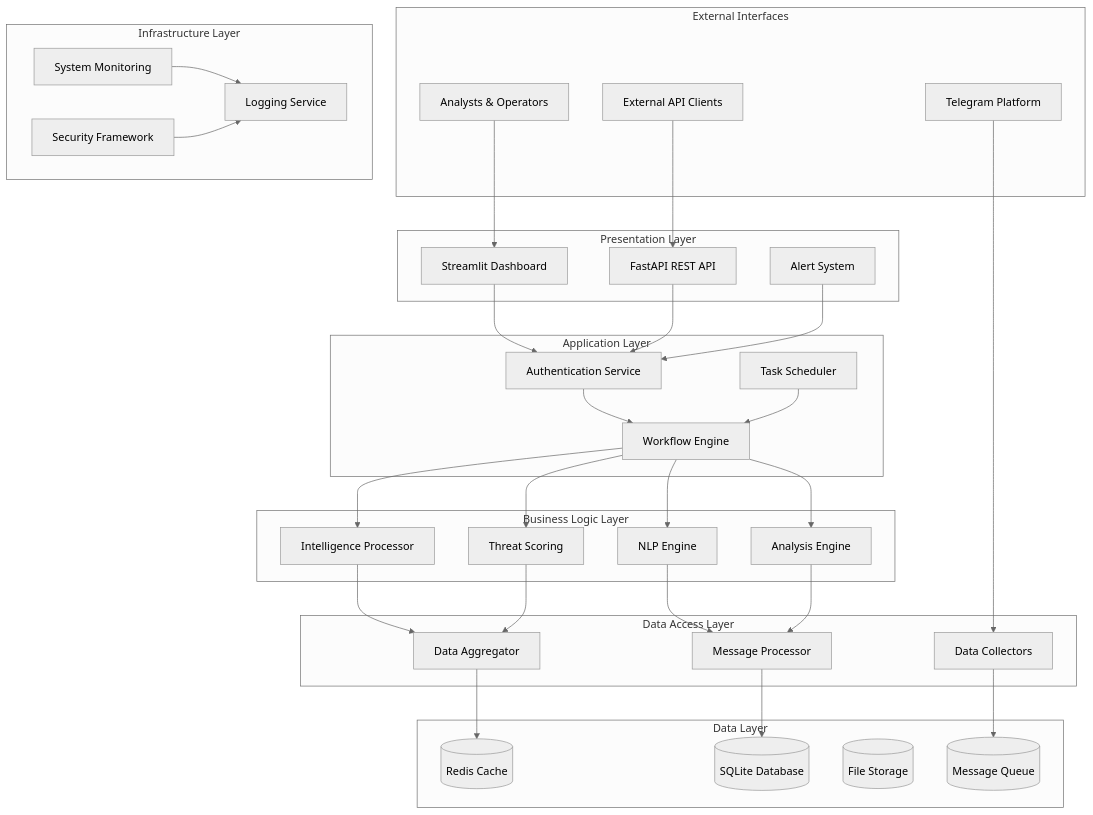
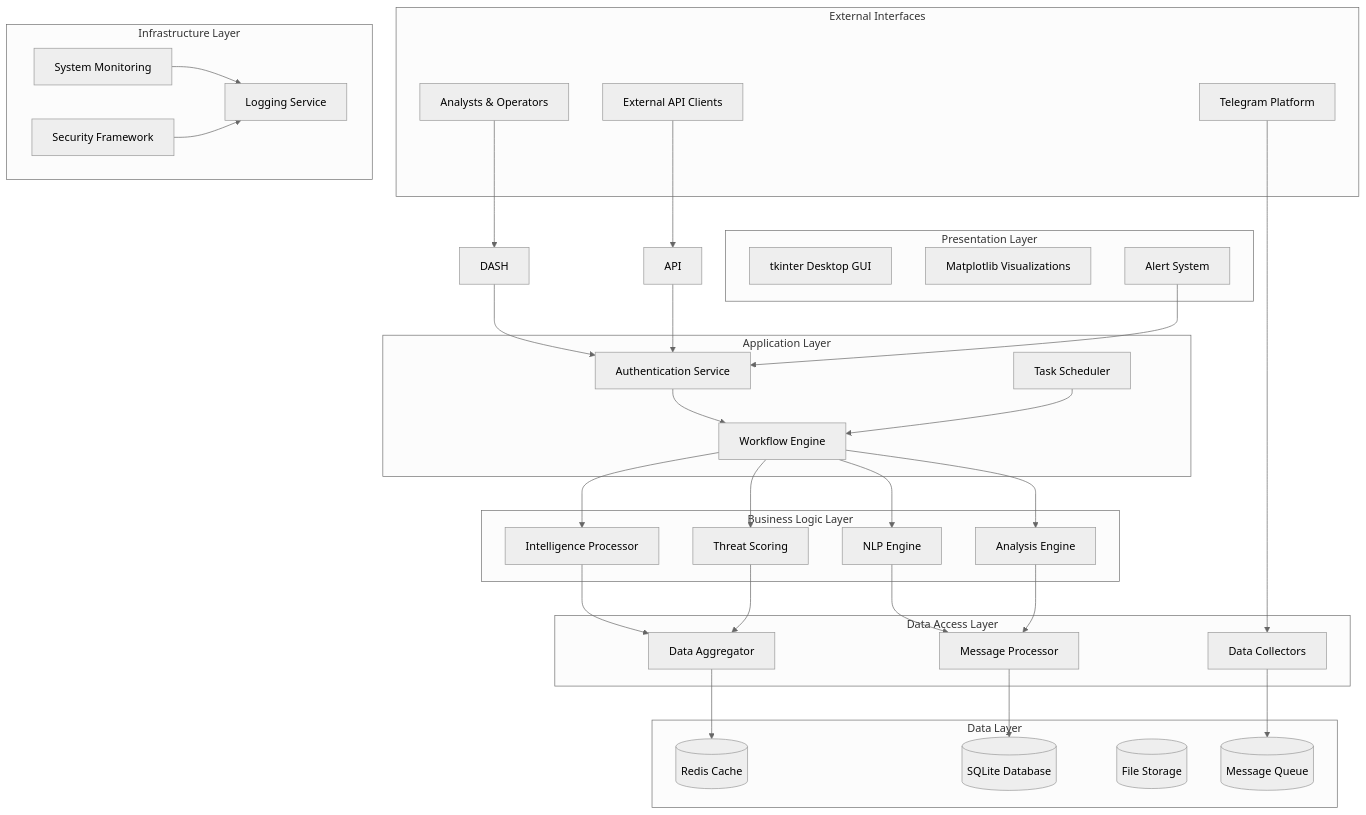
Before and after one commit to Divesh-Kshirsagar/Anti-India-Campaigns-Detector: the first of 8 diagrams in docs/architecture/overview.md, drawn with Mermaid (neutral theme). The commit also changed other lines of this file and 7 other files, not shown here.

````diff
--- a/docs/architecture/overview.md
+++ b/docs/architecture/overview.md
@@ -9,75 +9,75 @@
 ```mermaid
 graph TB
     subgraph "External Interfaces"
         TG[Telegram Platform]
         USERS[Analysts & Operators]
         API_CLIENTS[External API Clients]
     end
     
     subgraph "Presentation Layer"
-        DASH[Streamlit Dashboard]
-        API[FastAPI REST API]
+        GUI[tkinter Desktop GUI]
+        CHARTS[Matplotlib Visualizations]
         ALERTS[Alert System]
     end
     
     subgraph "Application Layer"
         AUTH[Authentication Service]
         SCHED[Task Scheduler]
         WORKFLOW[Workflow Engine]
     end
     
     subgraph "Business Logic Layer"
         NLP[NLP Engine]
         ANALYSIS[Analysis Engine]
         INTEL[Intelligence Processor]
         SCORING[Threat Scoring]
     end
     
     subgraph "Data Access Layer"
         COLLECTOR[Data Collectors]
         PROCESSOR[Message Processor]
         AGGREGATOR[Data Aggregator]
     end
     
     subgraph "Data Layer"
         CACHE[(Redis Cache)]
         DB[(SQLite Database)]
         FILES[(File Storage)]
         QUEUE[(Message Queue)]
     end
     
     subgraph "Infrastructure Layer"
         MONITOR[System Monitoring]
         LOG[Logging Service]
         SECURITY[Security Framework]
     end
     
     %% Connections
     TG --> COLLECTOR
     USERS --> DASH
     API_CLIENTS --> API
     
     DASH --> AUTH
     API --> AUTH
     ALERTS --> AUTH
     
     AUTH --> WORKFLOW
     SCHED --> WORKFLOW
     
     WORKFLOW --> NLP
     WORKFLOW --> ANALYSIS
     WORKFLOW --> INTEL
     WORKFLOW --> SCORING
     
     NLP --> PROCESSOR
     ANALYSIS --> PROCESSOR
     INTEL --> AGGREGATOR
     SCORING --> AGGREGATOR
     
     COLLECTOR --> QUEUE
     PROCESSOR --> DB
     AGGREGATOR --> CACHE
     
     MONITOR --> LOG
     SECURITY --> LOG
 ```
````
